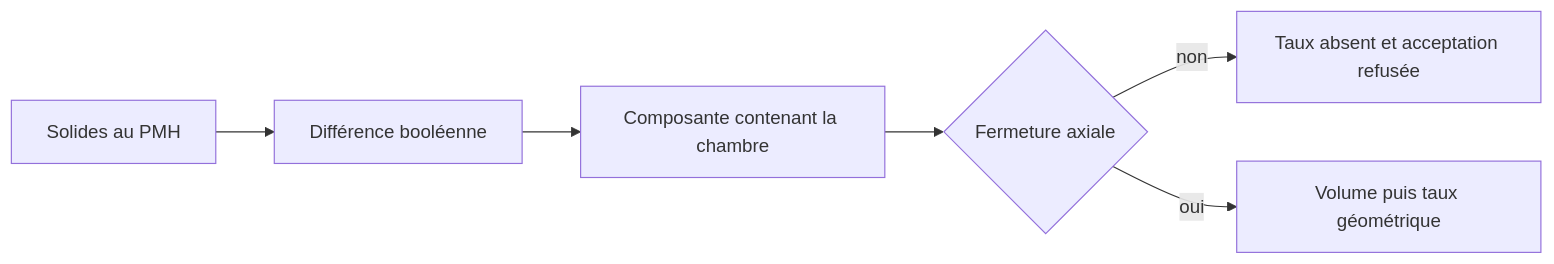
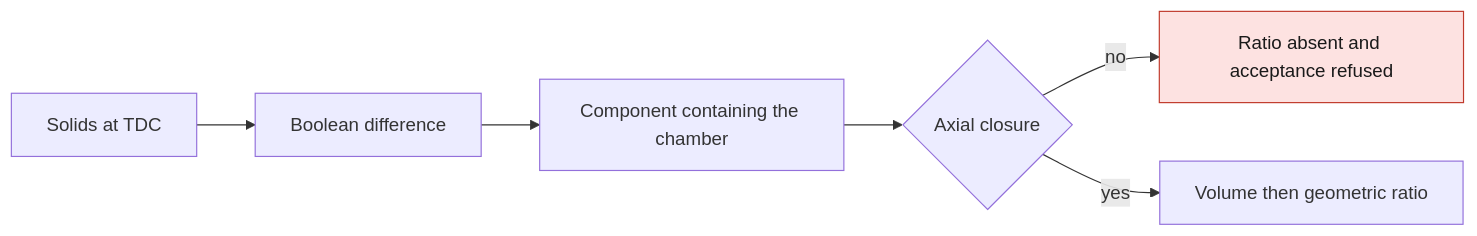
One commit to cluster2600/porscheparts changed the diagram in docs/reports/M64_G2_COMPRESSION_AUDIT_20260924.md. Above: the diagram before and after it, drawn with Mermaid. The commit also changed other lines of this file and 228 other files, not shown here.

````diff
--- a/docs/reports/M64_G2_COMPRESSION_AUDIT_20260924.md
+++ b/docs/reports/M64_G2_COMPRESSION_AUDIT_20260924.md
@@ -49,8 +49,10 @@
 ```mermaid
 flowchart LR
-    A[Solides au PMH] --> B[Différence booléenne]
-    B --> C[Composante contenant la chambre]
-    C --> D{Fermeture axiale}
-    D -->|non| E[Taux absent et acceptation refusée]
-    D -->|oui| F[Volume puis taux géométrique]
+    A[Solids at TDC] --> B[Boolean difference]
+    B --> C[Component containing the chamber]
+    C --> D{Axial closure}
+    D -->|no| E[Ratio absent and acceptance refused]
+    D -->|yes| F[Volume then geometric ratio]
+    classDef stop fill:#fde2e1,stroke:#c0392b,color:#1a1a1a;
+    class E stop;
 ```
````
